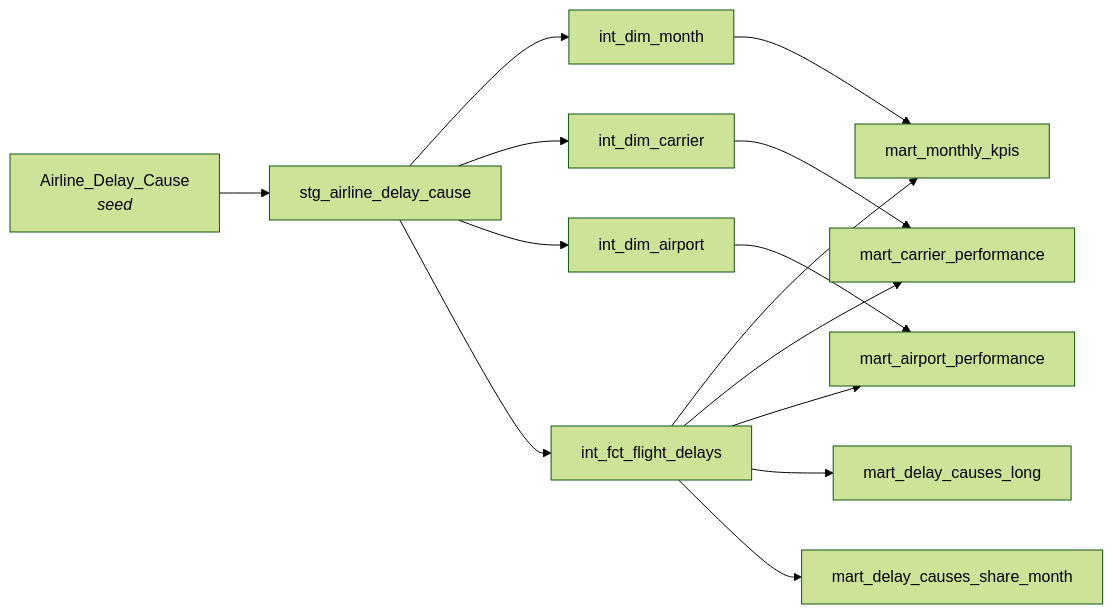
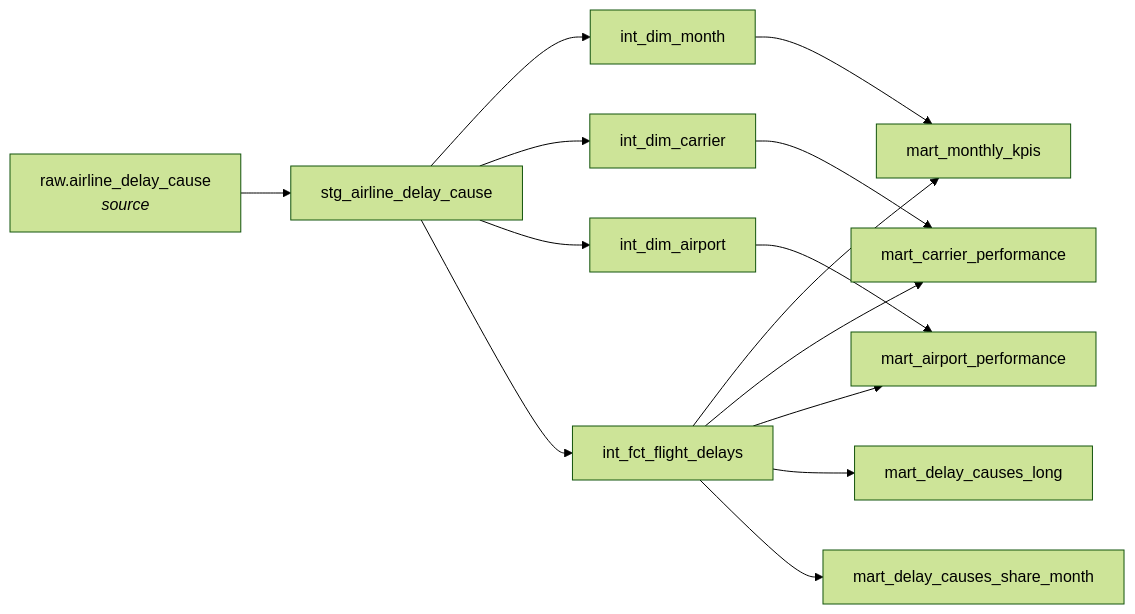
One commit to moraisazeredo/covid_etl_pipeline changed the second of 3 diagrams in README.md. Above: the diagram before and after it, drawn with Mermaid (forest theme). The commit also changed other lines of this file, not shown here.

````diff
--- a/README.md
+++ b/README.md
@@ -77,21 +82,21 @@
 ```mermaid
 flowchart LR
-    seed[Airline_Delay_Cause<br/><i>seed</i>] --> stg[stg_airline_delay_cause]
+    raw[raw.airline_delay_cause<br/><i>source</i>] --> stg[stg_airline_delay_cause]
 
     stg --> dim_month[int_dim_month]
     stg --> dim_carrier[int_dim_carrier]
     stg --> dim_airport[int_dim_airport]
     stg --> fct[int_fct_flight_delays]
 
     fct --> kpis[mart_monthly_kpis]
     dim_month --> kpis
 
     fct --> carrier_perf[mart_carrier_performance]
     dim_carrier --> carrier_perf
 
     fct --> airport_perf[mart_airport_performance]
     dim_airport --> airport_perf
 
     fct --> causes_long[mart_delay_causes_long]
     fct --> causes_share[mart_delay_causes_share_month]
 ```
````
